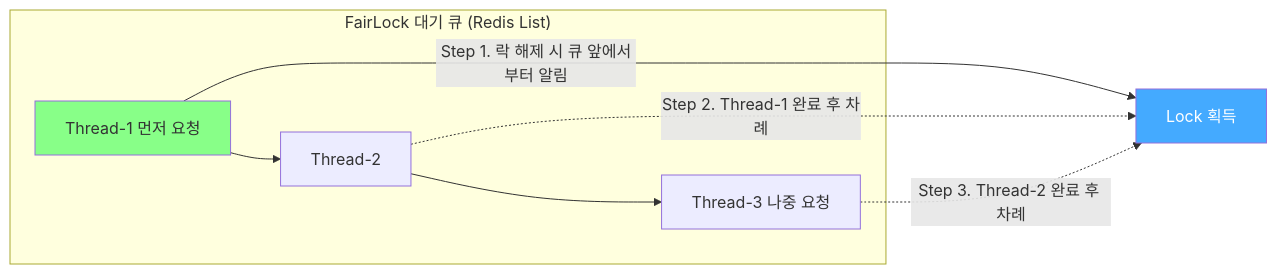
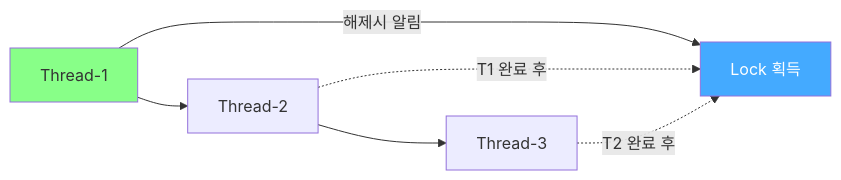
Before and after one commit to yjkim2015/yjkim2015.github.io: the seventh of 15 diagrams in _posts/redis/2026-05-01-redis-distributed-lock.md, drawn with Mermaid. The commit also changed other lines of this file and 155 other files, not shown here.

First line of the commit message:
Mermaid 전면 수정: subgraph 제거, participant/노드/줄수 축소 (342블록)

````diff
--- a/_posts/redis/2026-05-01-redis-distributed-lock.md
+++ b/_posts/redis/2026-05-01-redis-distributed-lock.md
@@ -407,11 +400,9 @@
 ```mermaid
 flowchart LR
-    subgraph "FairLock 대기 큐 (Redis List)"
-        Q1[Thread-1 먼저 요청] --> Q2[Thread-2] --> Q3[Thread-3 나중 요청]
-    end
-    Q1 -->|Step 1. 락 해제 시 큐 앞에서부터 알림| L[Lock 획득]
-    Q2 -.->|Step 2. Thread-1 완료 후 차례| L
-    Q3 -.->|Step 3. Thread-2 완료 후 차례| L
+    Q1[Thread-1] --> Q2[Thread-2] --> Q3[Thread-3]
+    Q1 -->|해제시 알림| L[Lock 획득]
+    Q2 -.->|T1 완료 후| L
+    Q3 -.->|T2 완료 후| L
     style Q1 fill:#8f8
     style L fill:#4af,color:#fff
 ```
````
